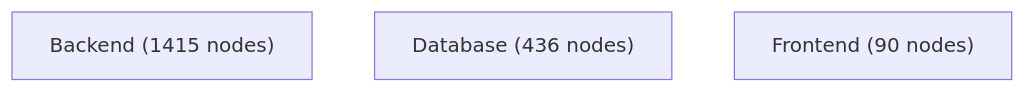
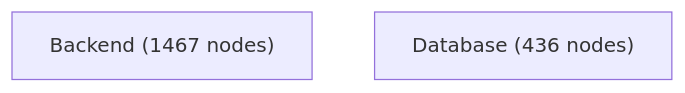
Before and after one commit to jankneumann/agentic-coding-tools: the first of 4 diagrams in docs/architecture-analysis/architecture.report.md, drawn with Mermaid. The commit also changed other lines of this file and 11 other files, not shown here.

First line of the commit message:
chore(architecture): refresh artifacts after the decision-index binding

````diff
--- a/docs/architecture-analysis/architecture.report.md
+++ b/docs/architecture-analysis/architecture.report.md
@@ -513,6 +501,5 @@
 ```mermaid
 flowchart TB
-    Backend["Backend (1415 nodes)"]
+    Backend["Backend (1467 nodes)"]
     Database["Database (436 nodes)"]
-    Frontend["Frontend (90 nodes)"]
 ```
````
